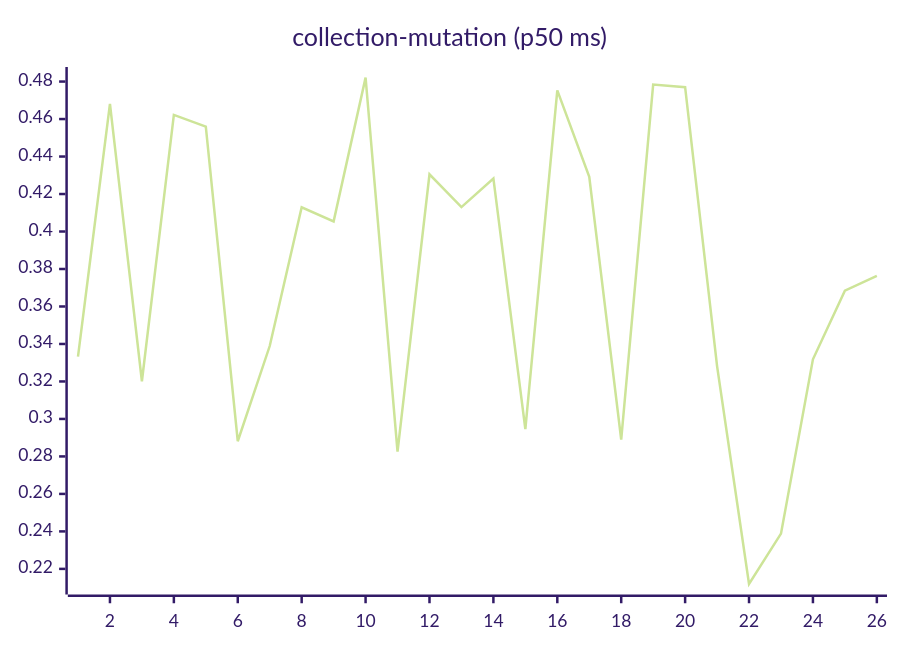
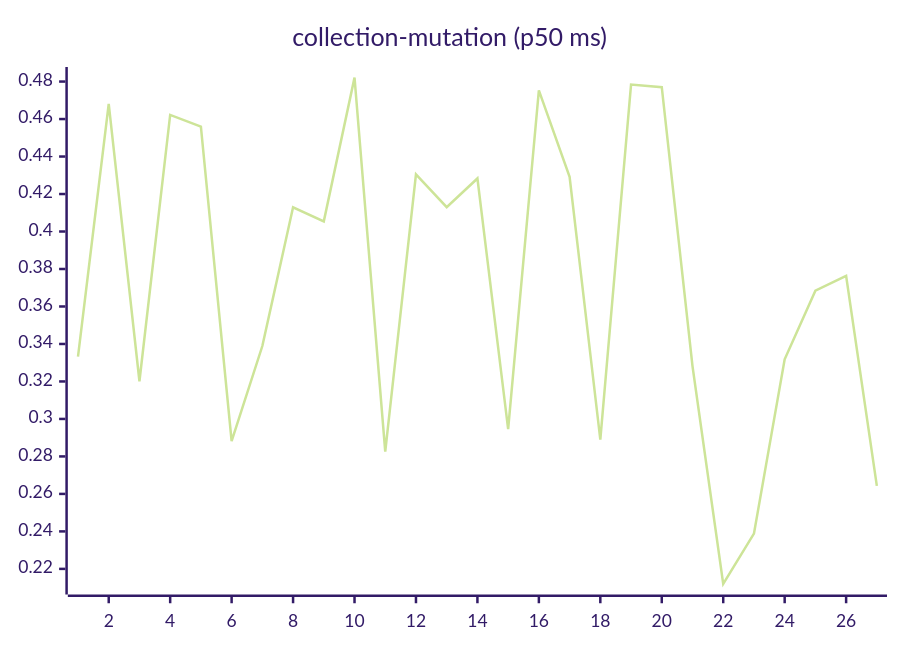
Before and after one commit to josha/Facet: the sixth of 27 diagrams in README.md, drawn with Mermaid (forest theme). The commit also changed other lines of this file and 2 other files, not shown here.

````diff
--- a/README.md
+++ b/README.md
@@ -98,6 +98,6 @@
 ```mermaid
 xychart-beta
     title "collection-mutation (p50 ms)"
-    x-axis 1 --> 26
-    line [0.3332, 0.4681, 0.3201, 0.4622, 0.4560, 0.2881, 0.3389, 0.4129, 0.4054, 0.4821, 0.2826, 0.4305, 0.4130, 0.4283, 0.2946, 0.4753, 0.4292, 0.2890, 0.4784, 0.4770, 0.3282, 0.2120, 0.2388, 0.3318, 0.3684, 0.3763]
+    x-axis 1 --> 27
+    line [0.3332, 0.4681, 0.3201, 0.4622, 0.4560, 0.2881, 0.3389, 0.4129, 0.4054, 0.4821, 0.2826, 0.4305, 0.4130, 0.4283, 0.2946, 0.4753, 0.4292, 0.2890, 0.4784, 0.4770, 0.3282, 0.2120, 0.2388, 0.3318, 0.3684, 0.3763, 0.2643]
 ```
````
